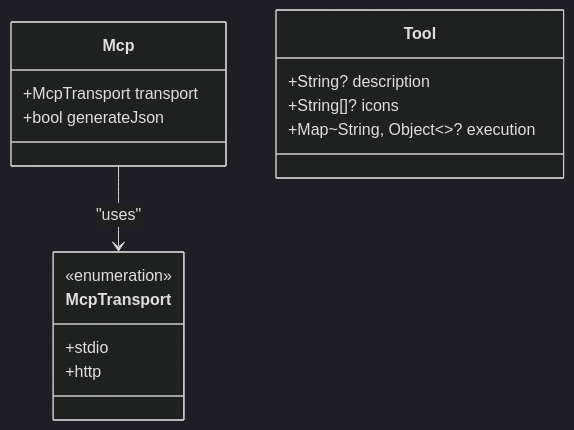
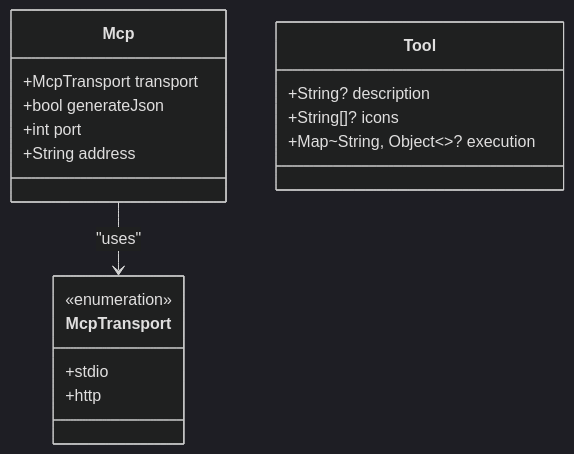
The third of 9 diagrams in .qoder/repowiki/en/content/Core Concepts/Core Concepts.md (cdavis-code/easy_mcp_workspace), drawn with Mermaid (dark theme) before and after one commit. The commit also changed other lines of this file and 13 other files, not shown here.

````diff
--- a/.qoder/repowiki/en/content/Core Concepts/Core Concepts.md
+++ b/.qoder/repowiki/en/content/Core Concepts/Core Concepts.md
@@ -139,18 +152,20 @@
 ```mermaid
 classDiagram
 class Mcp {
 +McpTransport transport
 +bool generateJson
++int port
++String address
 }
 class Tool {
 +String? description
 +String[]? icons
 +Map~String, Object~~? execution
 }
 class McpTransport {
 <<enumeration>>
 +stdio
 +http
 }
 Mcp --> McpTransport : "uses"
 ```
````
